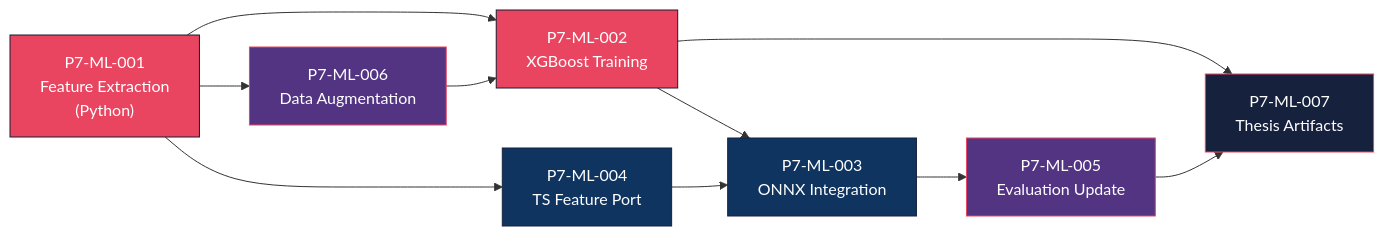
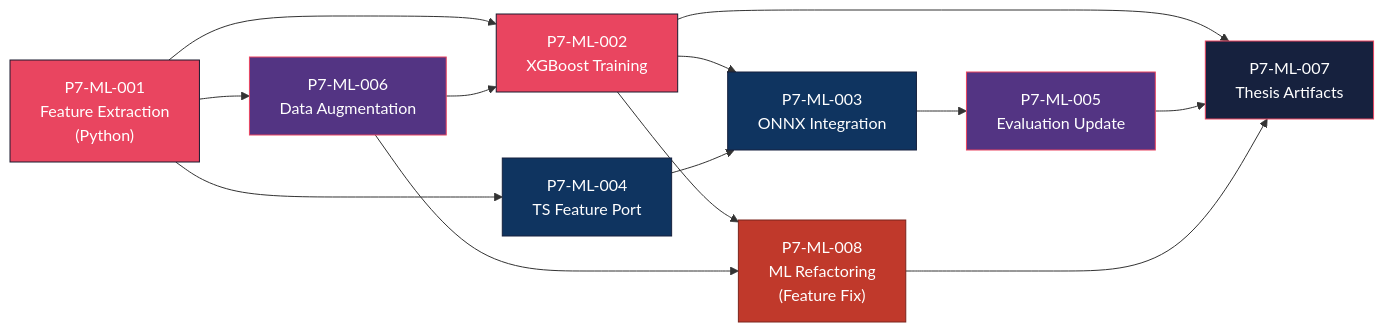
Before and after one commit to Artificial-Ledger-Technology/ALT-Flex: the second of 2 diagrams in docs/phases/CODE_REVIEW_PHASE7.md, drawn with Mermaid. The commit also changed other lines of this file and 1 other file, not shown here.

First line of the commit message:
feat(docs): p7-ml-008 resolve xgboost feature-collapse and class imbalance

````diff
--- a/docs/phases/CODE_REVIEW_PHASE7.md
+++ b/docs/phases/CODE_REVIEW_PHASE7.md
@@ -451,20 +528,24 @@
 ```mermaid
 graph LR
     P7_001["P7-ML-001<br/>Feature Extraction<br/>(Python)"] --> P7_002["P7-ML-002<br/>XGBoost Training"]
     P7_001 --> P7_004["P7-ML-004<br/>TS Feature Port"]
     P7_001 --> P7_006["P7-ML-006<br/>Data Augmentation"]
     P7_002 --> P7_003["P7-ML-003<br/>ONNX Integration"]
+    P7_002 --> P7_008["P7-ML-008<br/>ML Refactoring<br/>(Feature Fix)"]
     P7_003 --> P7_005["P7-ML-005<br/>Evaluation Update"]
     P7_004 --> P7_003
     P7_006 --> P7_002
+    P7_006 --> P7_008
     P7_002 --> P7_007["P7-ML-007<br/>Thesis Artifacts"]
     P7_005 --> P7_007
+    P7_008 --> P7_007
 
     style P7_001 fill:#e94560,stroke:#1a1a2e,color:#fff
     style P7_002 fill:#e94560,stroke:#1a1a2e,color:#fff
     style P7_003 fill:#0f3460,stroke:#16213e,color:#fff
     style P7_004 fill:#0f3460,stroke:#16213e,color:#fff
     style P7_005 fill:#533483,stroke:#e94560,color:#fff
     style P7_006 fill:#533483,stroke:#e94560,color:#fff
     style P7_007 fill:#16213e,stroke:#e94560,color:#fff
+    style P7_008 fill:#c0392b,stroke:#7b241c,color:#fff
 ```
````
